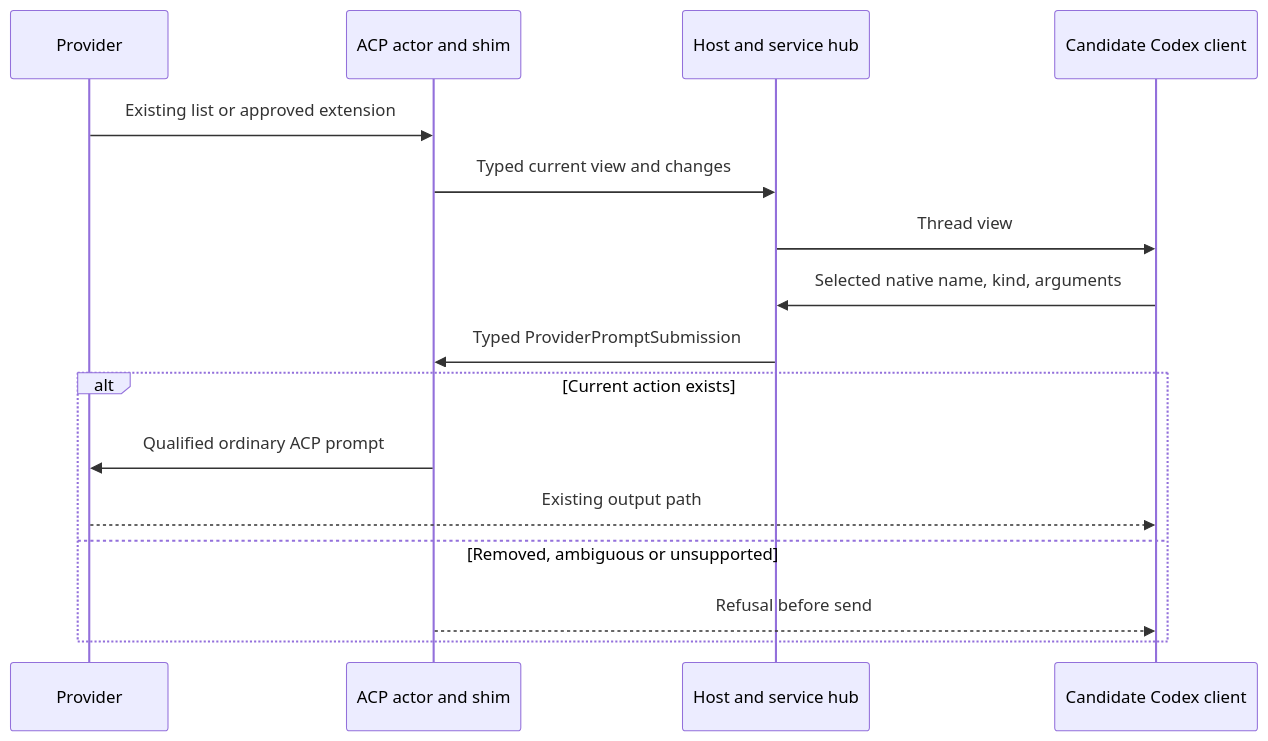
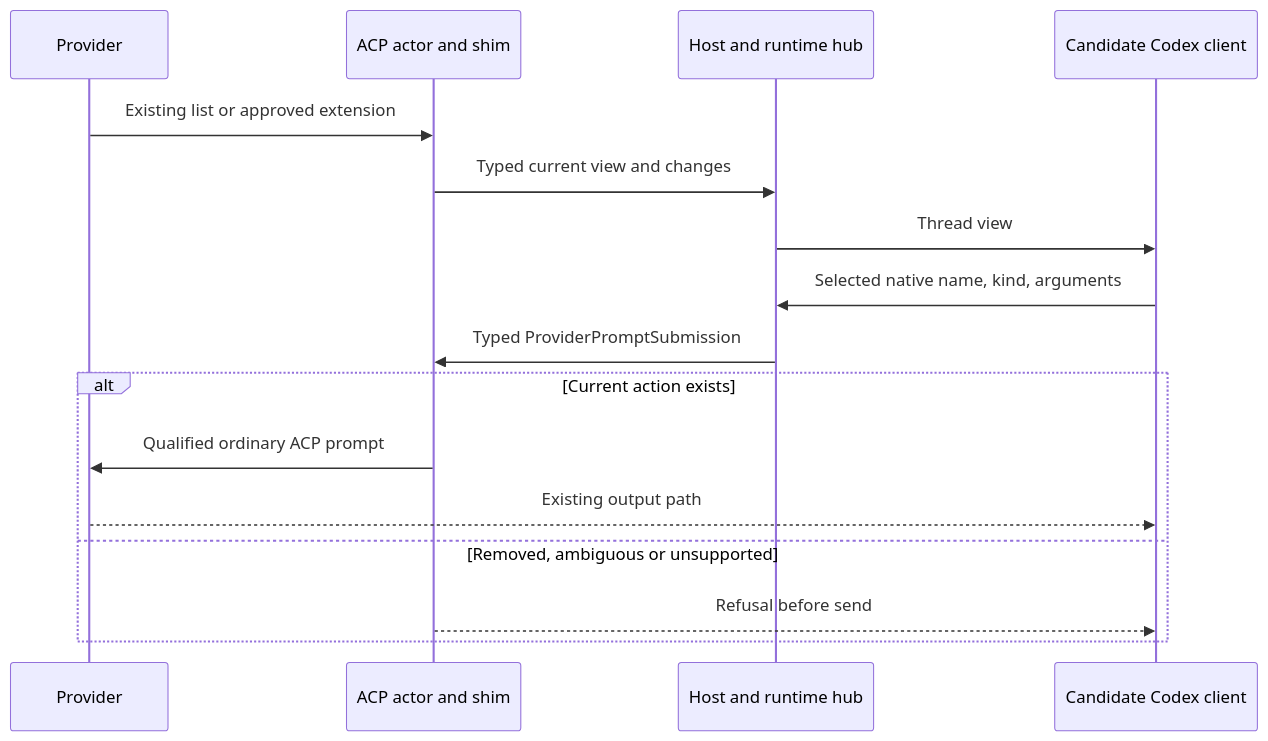
The diagram in docs/specs/2026-10-26-acp-provider-menus/program-design/contracts.md (agent-collaboration/agent-collaboration), drawn with Mermaid before and after one commit. The commit also changed other lines of this file and 1 other file, not shown here.

Commit message:
Name runtime translator consistently in provider menu design

````diff
--- a/docs/specs/2026-10-26-acp-provider-menus/program-design/contracts.md
+++ b/docs/specs/2026-10-26-acp-provider-menus/program-design/contracts.md
@@ -158,18 +158,18 @@
 ```mermaid
 sequenceDiagram
   participant P as Provider
   participant R as ACP actor and shim
-  participant H as Host and service hub
+  participant H as Host and runtime hub
   participant C as Candidate Codex client
   P->>R: Existing list or approved extension
   R->>H: Typed current view and changes
   H->>C: Thread view
   C->>H: Selected native name, kind, arguments
   H->>R: Typed ProviderPromptSubmission
   alt Current action exists
     R->>P: Qualified ordinary ACP prompt
     P-->>C: Existing output path
   else Removed, ambiguous or unsupported
     R-->>C: Refusal before send
   end
 ```
````
